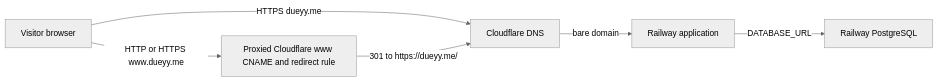
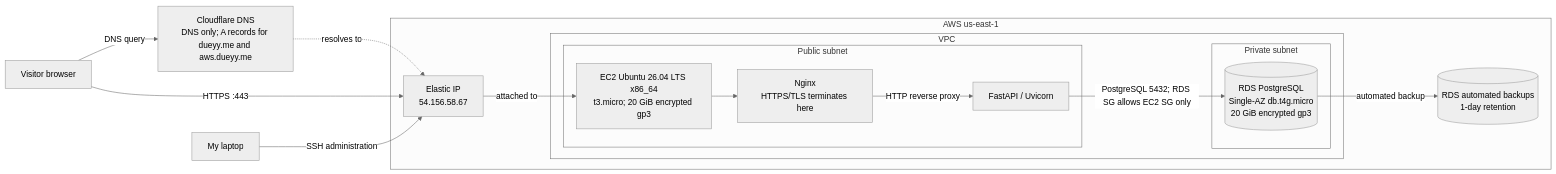
Before and after one commit to nikhilmandyam/career-platform-: the first of 4 diagrams in README.md, drawn with Mermaid (neutral theme). The commit also changed other lines of this file and 4 other files, not shown here.

````diff
--- a/README.md
+++ b/README.md
@@ -16,8 +16,26 @@
 ```mermaid
 flowchart LR
-  Visitor[Visitor browser] -->|HTTPS dueyy.me| DNS[Cloudflare DNS]
-  DNS -->|bare domain| App[Railway application]
-  Visitor -->|HTTP or HTTPS www.dueyy.me| Proxy[Proxied Cloudflare www CNAME and redirect rule]
-  Proxy -->|301 to https://dueyy.me/| DNS
-  App -->|DATABASE_URL| DB[Railway PostgreSQL]
+  Browser[Visitor browser] -->|DNS query| DNS[Cloudflare DNS<br/>DNS only; A records for dueyy.me and aws.dueyy.me]
+  DNS -.->|resolves to| EIP
+  Browser -->|HTTPS :443| EIP
+  Laptop[My laptop] -->|SSH administration| EIP
+
+  subgraph AWS[AWS us-east-1]
+    EIP[Elastic IP<br/>54.156.58.67]
+    subgraph VPC[VPC]
+      subgraph Public[Public subnet]
+        EC2[EC2 Ubuntu 26.04 LTS x86_64<br/>t3.micro; 20 GiB encrypted gp3]
+        Nginx[Nginx<br/>HTTPS/TLS terminates here]
+        App[FastAPI / Uvicorn]
+        EC2 --> Nginx -->|HTTP reverse proxy| App
+      end
+      subgraph Private[Private subnet]
+        RDS[(RDS PostgreSQL<br/>Single-AZ db.t4g.micro<br/>20 GiB encrypted gp3)]
+      end
+    end
+    Backups[(RDS automated backups<br/>1-day retention)]
+    EIP -->|attached to| EC2
+    App -->|PostgreSQL 5432; RDS SG allows EC2 SG only| RDS
+    RDS -->|automated backup| Backups
+  end
 ```
````
